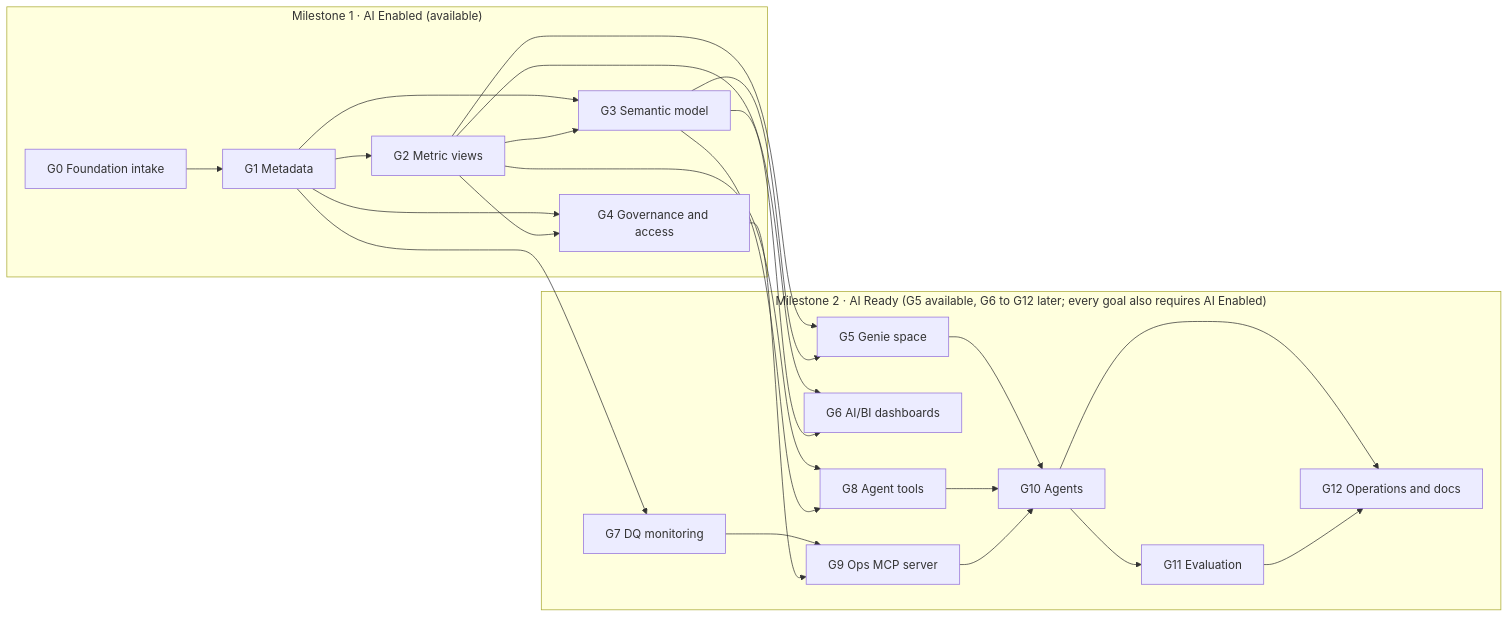
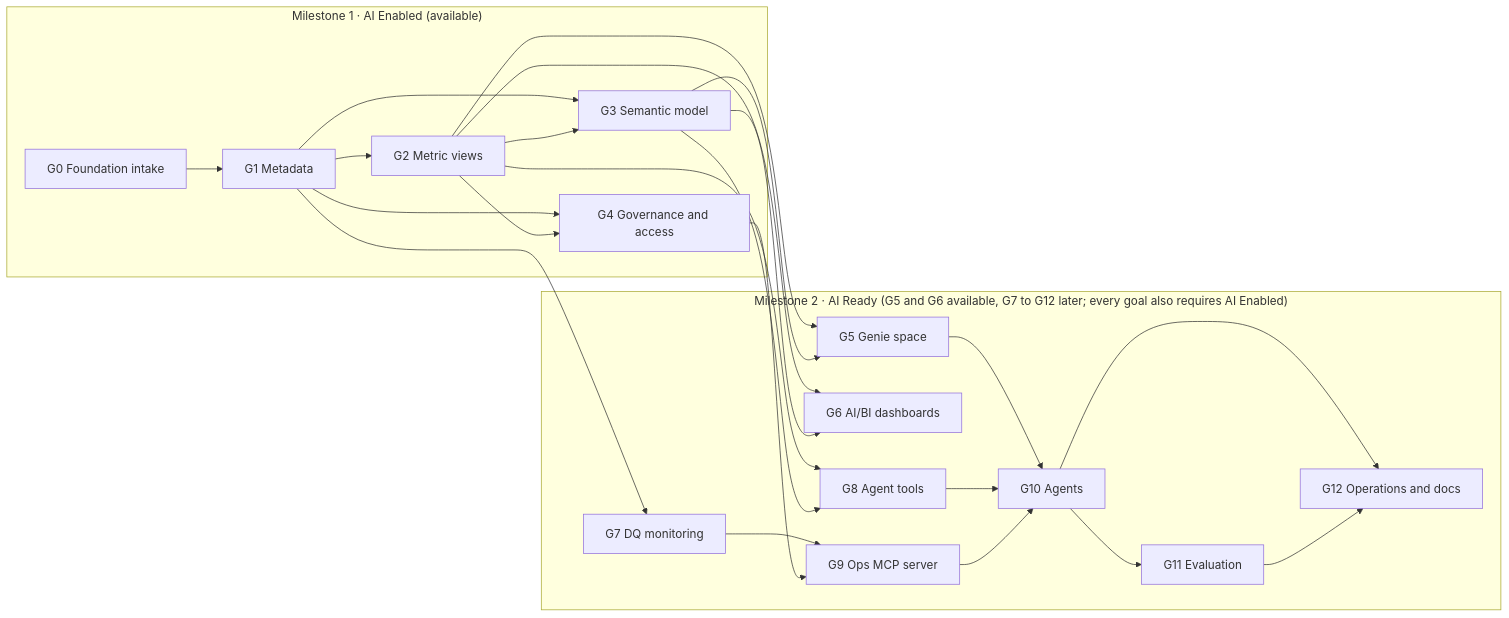
The second of 7 diagrams in docs/ARCHITECTURE.md (vasutechgenie/maya-dbx-ai), drawn with Mermaid before and after one commit. The commit also changed other lines of this file and 24 other files, not shown here.

````diff
--- a/docs/ARCHITECTURE.md
+++ b/docs/ARCHITECTURE.md
@@ -83,35 +84,35 @@
 ```mermaid
 flowchart LR
     subgraph AE["Milestone 1 · AI Enabled (available)"]
         G0["G0 Foundation intake"] --> G1["G1 Metadata"]
         G1 --> G2["G2 Metric views"]
         G1 --> G3["G3 Semantic model"]
         G2 --> G3
         G1 --> G4["G4 Governance and access"]
         G2 --> G4
     end
-    subgraph AR["Milestone 2 · AI Ready (G5 available, G6 to G12 later; every goal also requires AI Enabled)"]
+    subgraph AR["Milestone 2 · AI Ready (G5 and G6 available, G7 to G12 later; every goal also requires AI Enabled)"]
         G5["G5 Genie space"]
         G6["G6 AI/BI dashboards"]
         G7["G7 DQ monitoring"]
         G8["G8 Agent tools"]
         G9["G9 Ops MCP server"]
         G10["G10 Agents"]
         G11["G11 Evaluation"]
         G12["G12 Operations and docs"]
         G5 --> G10
         G8 --> G10
         G7 --> G9 --> G10
         G10 --> G11
         G10 --> G12
         G11 --> G12
     end
     G2 --> G5
     G3 --> G5
     G2 --> G6
     G3 --> G6
     G1 --> G7
     G2 --> G8
     G3 --> G8
     G4 --> G9
 ```
````
